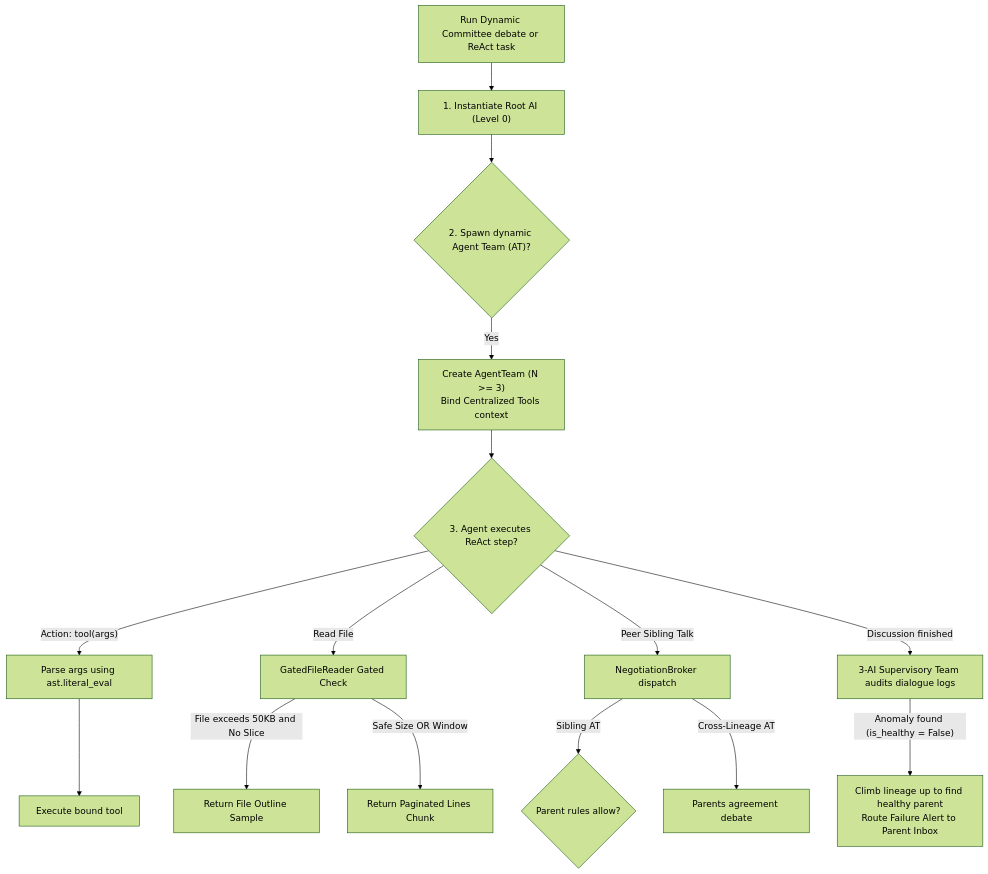
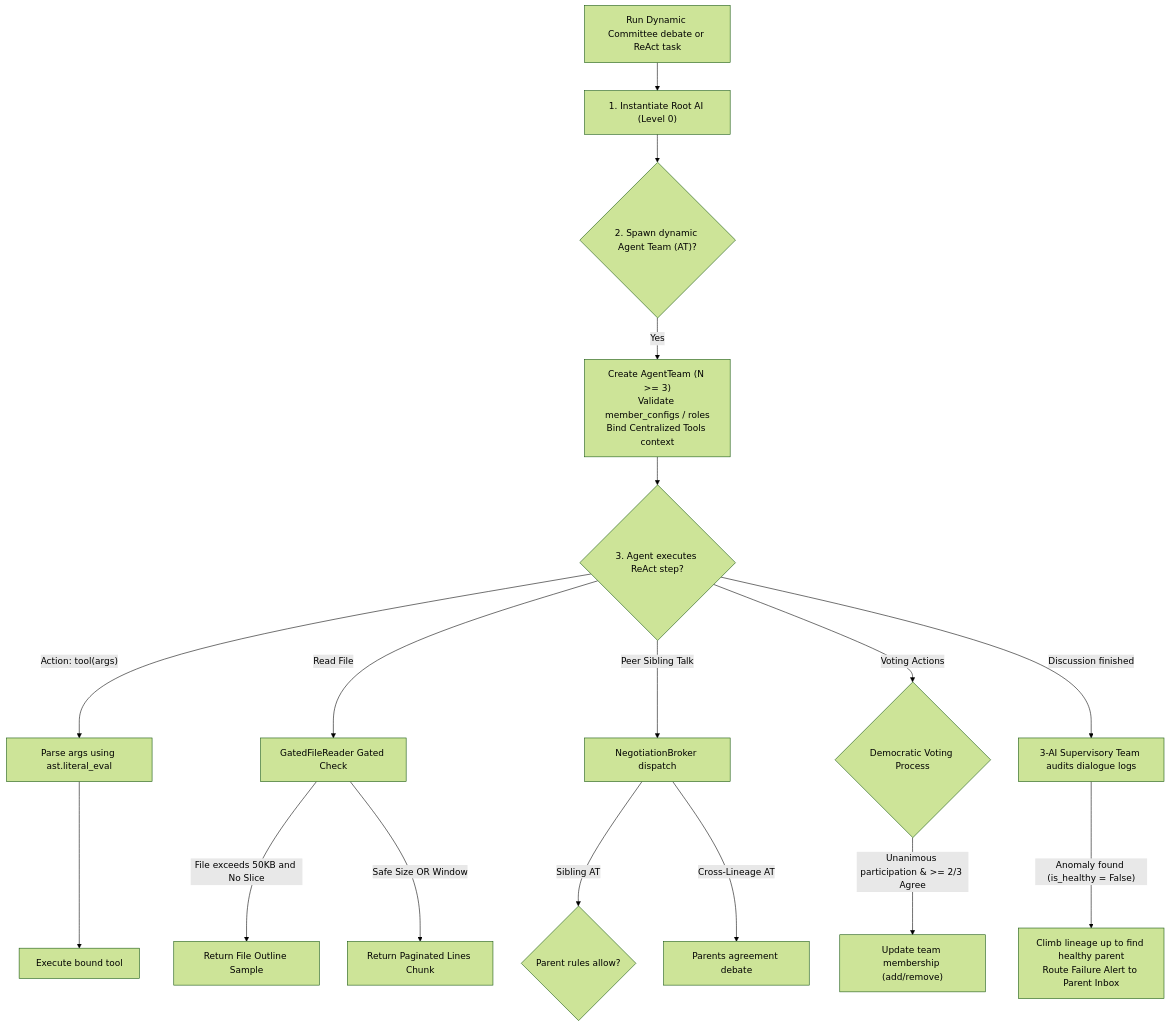
Before and after one commit to AI-Team-Team/AI-Team-Team: the diagram in docs/flowcharts/README.md, drawn with Mermaid (forest theme). The commit also changed 12 other files, not shown here.

First line of the commit message:
feat: implement hierarchical team governance and democratic voting system

````diff
--- a/docs/flowcharts/README.md
+++ b/docs/flowcharts/README.md
@@ -22,23 +22,26 @@
 ```mermaid
 flowchart TD
     Task["Run Dynamic Committee debate or ReAct task"] --> RootNode["1. Instantiate Root AI (Level 0)"]
     
     RootNode --> Spawning{"2. Spawn dynamic Agent Team (AT)?"}
-    Spawning -- "Yes" --> SpawningCheck["Create AgentTeam (N >= 3)\nBind Centralized Tools context"]
+    Spawning -- "Yes" --> SpawningCheck["Create AgentTeam (N >= 3)\nValidate member_configs / roles\nBind Centralized Tools context"]
     
     SpawningCheck --> ToolCall{"3. Agent executes ReAct step?"}
     
     ToolCall -- "Action: tool(args)" --> SafeParser["Parse args using ast.literal_eval"]
     SafeParser --> ExecTool["Execute bound tool"]
     
     ToolCall -- "Read File" --> GatedFileReader["GatedFileReader Gated Check"]
     GatedFileReader -- "File exceeds 50KB and No Slice" --> Outline["Return File Outline Sample"]
     GatedFileReader -- "Safe Size OR Window" --> Chunk["Return Paginated Lines Chunk"]
     
     ToolCall -- "Peer Sibling Talk" --> NegotiationBroker["NegotiationBroker dispatch"]
     NegotiationBroker -- "Sibling AT" --> SiblingRule{"Parent rules allow?"}
     NegotiationBroker -- "Cross-Lineage AT" --> ParentNegotiate["Parents agreement debate"]
     
+    ToolCall -- "Voting Actions" --> Voting{"Democratic Voting Process"}
+    Voting -- "Unanimous participation & >= 2/3 Agree" --> ExecVote["Update team membership (add/remove)"]
+    
     ToolCall -- "Discussion finished" --> SupervisoryTeam["3-AI Supervisory Team audits dialogue logs"]
     SupervisoryTeam -- "Anomaly found (is_healthy = False)" --> Escalate["Climb lineage up to find healthy parent\nRoute Failure Alert to Parent Inbox"]
 ```
````
